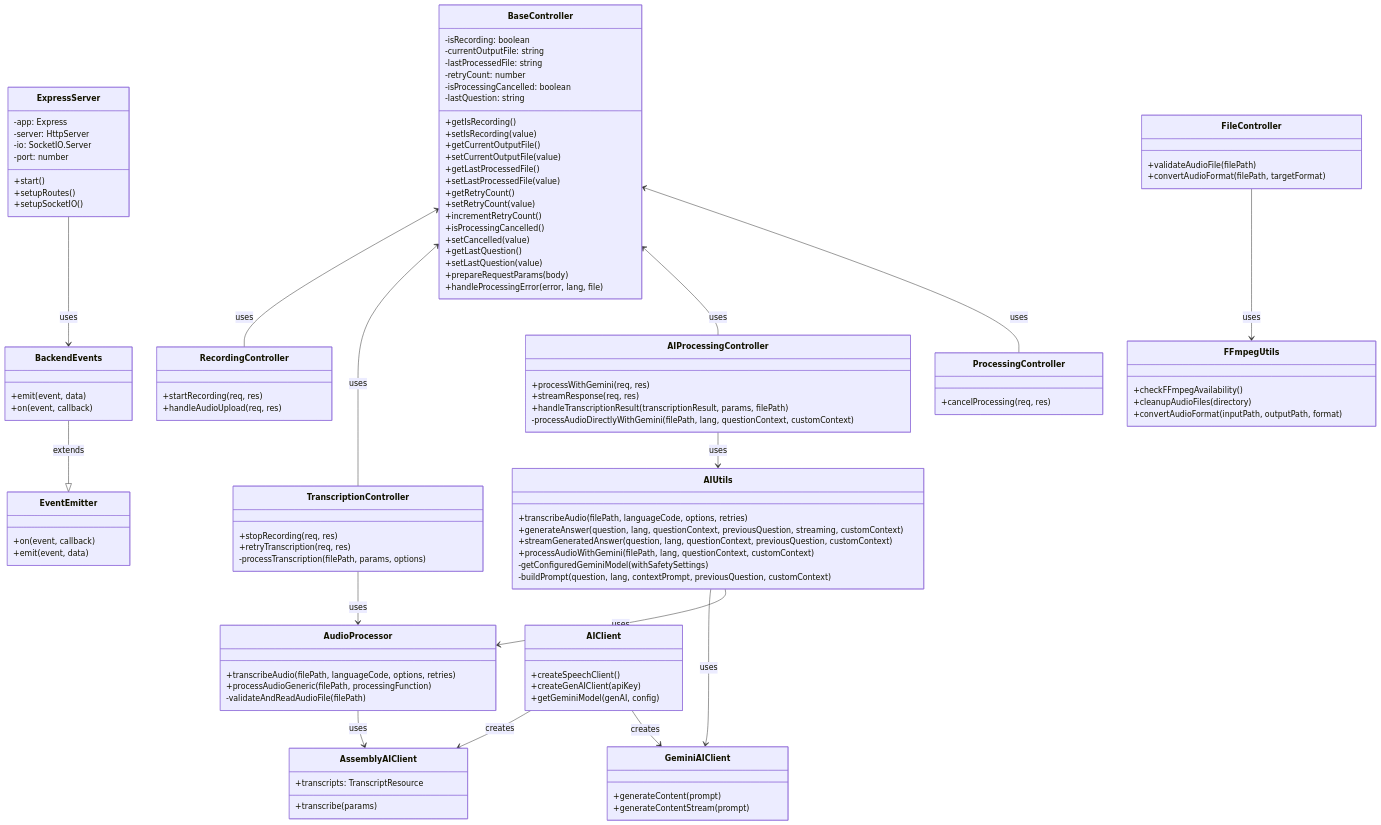
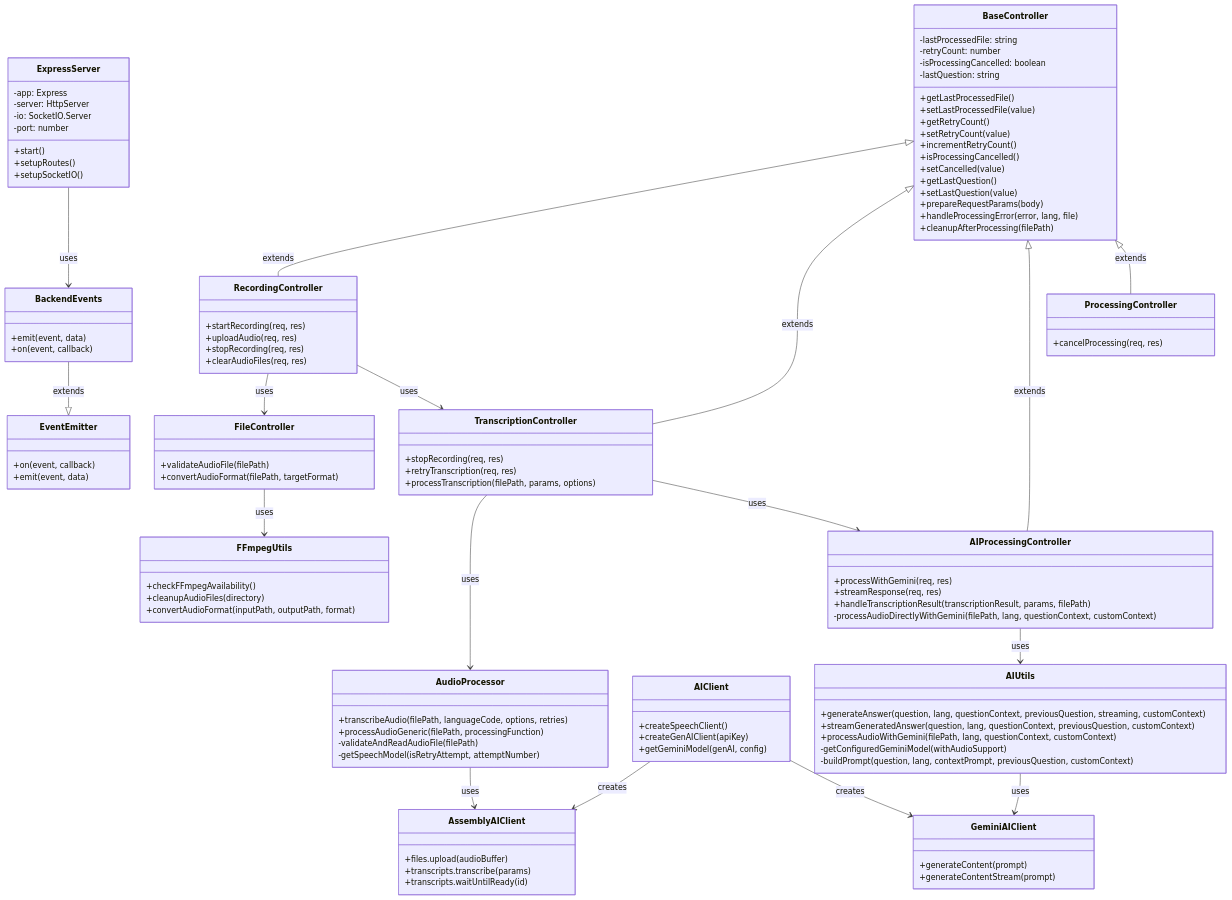
Before and after one commit to lamdan0901/audio-listener-ai: the diagram in diagrams/backend_class_diagram.md, drawn with Mermaid. The commit also changed other lines of this file and 11 other files, not shown here.

Commit message:
Enhance platform component diagram and rendering script

````diff
--- a/diagrams/backend_class_diagram.md
+++ b/diagrams/backend_class_diagram.md
@@ -12,29 +12,23 @@
         +setupRoutes()
         +setupSocketIO()
     }
-    
+
     class EventEmitter {
         +on(event, callback)
         +emit(event, data)
     }
-    
+
     class BackendEvents {
         +emit(event, data)
         +on(event, callback)
     }
-    
+
     %% Controller Classes
     class BaseController {
-        -isRecording: boolean
-        -currentOutputFile: string
         -lastProcessedFile: string
         -retryCount: number
         -isProcessingCancelled: boolean
         -lastQuestion: string
-        +getIsRecording()
-        +setIsRecording(value)
-        +getCurrentOutputFile()
-        +setCurrentOutputFile(value)
         +getLastProcessedFile()
         +setLastProcessedFile(value)
         +getRetryCount()
@@ -46,91 +40,100 @@
         +setLastQuestion(value)
         +prepareRequestParams(body)
         +handleProcessingError(error, lang, file)
+        +cleanupAfterProcessing(filePath)
     }
-    
+
     class RecordingController {
         +startRecording(req, res)
-        +handleAudioUpload(req, res)
+        +uploadAudio(req, res)
+        +stopRecording(req, res)
+        +clearAudioFiles(req, res)
     }
-    
+
     class TranscriptionController {
         +stopRecording(req, res)
         +retryTranscription(req, res)
-        -processTranscription(filePath, params, options)
+        +processTranscription(filePath, params, options)
     }
-    
+
     class AIProcessingController {
         +processWithGemini(req, res)
         +streamResponse(req, res)
         +handleTranscriptionResult(transcriptionResult, params, filePath)
         -processAudioDirectlyWithGemini(filePath, lang, questionContext, customContext)
     }
-    
+
     class ProcessingController {
         +cancelProcessing(req, res)
     }
-    
+
     class FileController {
         +validateAudioFile(filePath)
         +convertAudioFormat(filePath, targetFormat)
     }
-    
+
     %% Utility Classes
     class AudioProcessor {
         +transcribeAudio(filePath, languageCode, options, retries)
         +processAudioGeneric(filePath, processingFunction)
         -validateAndReadAudioFile(filePath)
+        -getSpeechModel(isRetryAttempt, attemptNumber)
     }
-    
+
     class AIClient {
         +createSpeechClient()
         +createGenAIClient(apiKey)
         +getGeminiModel(genAI, config)
     }
-    
+
     class AIUtils {
-        +transcribeAudio(filePath, languageCode, options, retries)
         +generateAnswer(question, lang, questionContext, previousQuestion, streaming, customContext)
         +streamGeneratedAnswer(question, lang, questionContext, previousQuestion, customContext)
         +processAudioWithGemini(filePath, lang, questionContext, customContext)
-        -getConfiguredGeminiModel(withSafetySettings)
+        -getConfiguredGeminiModel(withAudioSupport)
         -buildPrompt(question, lang, contextPrompt, previousQuestion, customContext)
     }
-    
+
     class FFmpegUtils {
         +checkFFmpegAvailability()
         +cleanupAudioFiles(directory)
         +convertAudioFormat(inputPath, outputPath, format)
     }
-    
+
     %% External Service Clients
     class AssemblyAIClient {
-        +transcripts: TranscriptResource
-        +transcribe(params)
+        +files.upload(audioBuffer)
+        +transcripts.transcribe(params)
+        +transcripts.waitUntilReady(id)
     }
-    
+
     class GeminiAIClient {
         +generateContent(prompt)
         +generateContentStream(prompt)
     }
-    
+
     %% Relationships
     ExpressServer --> BackendEvents : uses
     BackendEvents --|> EventEmitter : extends
-    
-    BaseController <-- RecordingController : uses
-    BaseController <-- TranscriptionController : uses
-    BaseController <-- AIProcessingController : uses
-    BaseController <-- ProcessingController : uses
-    
+
+    BaseController <|-- RecordingController : extends
+    BaseController <|-- TranscriptionController : extends
+    BaseController <|-- AIProcessingController : extends
+    BaseController <|-- ProcessingController : extends
+
+    RecordingController --> FileController : uses
+    RecordingController --> TranscriptionController : uses
+
     TranscriptionController --> AudioProcessor : uses
+    TranscriptionController --> AIProcessingController : uses
+
     AIProcessingController --> AIUtils : uses
+
     FileController --> FFmpegUtils : uses
-    
+
     AudioProcessor --> AssemblyAIClient : uses
     AIUtils --> GeminiAIClient : uses
-    AIUtils --> AudioProcessor : uses
-    
+
     AIClient --> AssemblyAIClient : creates
     AIClient --> GeminiAIClient : creates
 ```
````
